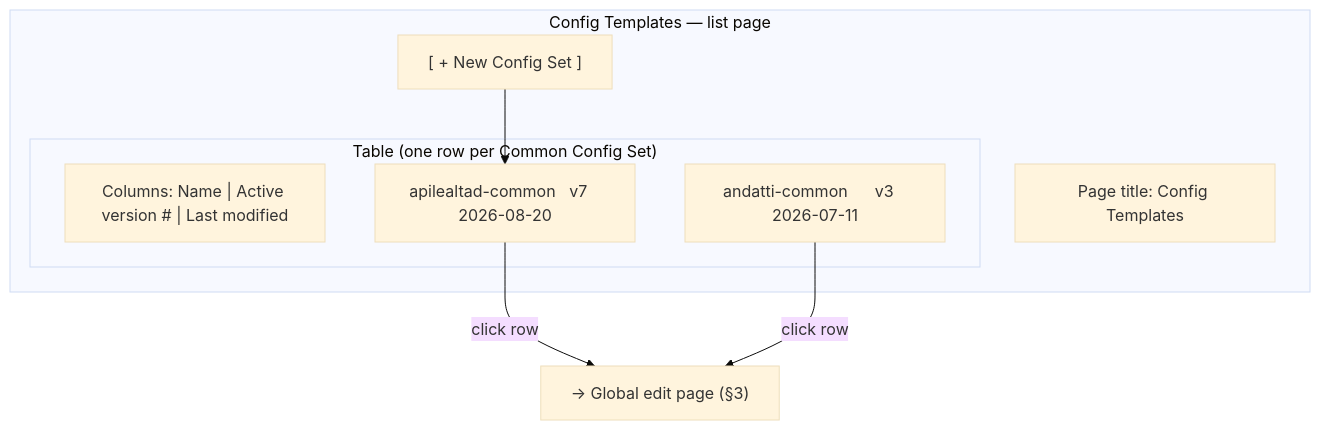
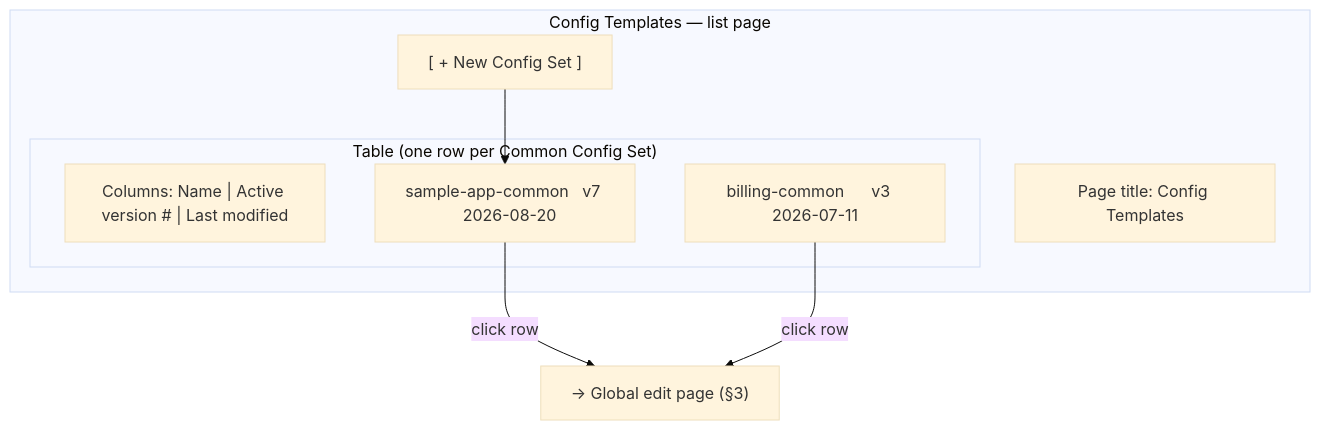
The second of 8 diagrams in docs/design/wireframe-global-env.md (Retro-kharkov1/job-config-chain), drawn with Mermaid (base theme) before and after one commit. The commit also changed other lines of this file and 14 other files, not shown here.

````diff
--- a/docs/design/wireframe-global-env.md
+++ b/docs/design/wireframe-global-env.md
@@ -50,15 +50,15 @@
 ```mermaid
 flowchart TD
     subgraph ListPage["Config Templates — list page"]
         Title["Page title: Config Templates"]
         NewBtn["[ + New Config Set ]"]
         subgraph Table["Table (one row per Common Config Set)"]
             Col["Columns: Name | Active version # | Last modified"]
-            Row1["apilealtad-common   v7   2026-08-20"]
-            Row2["andatti-common      v3   2026-07-11"]
+            Row1["sample-app-common   v7   2026-08-20"]
+            Row2["billing-common      v3   2026-07-11"]
         end
     end
     NewBtn --> Row1
     Row1 -->|"click row"| EditPage["→ Global edit page (§3)"]
     Row2 -->|"click row"| EditPage
 ```
````
